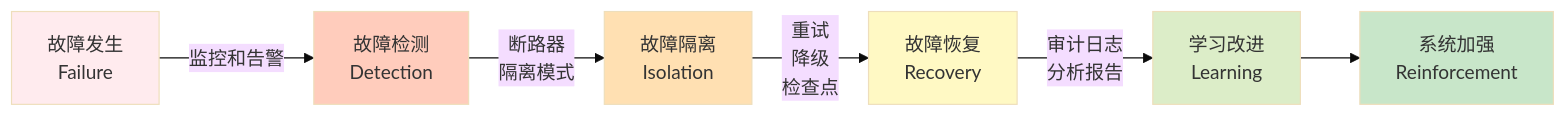
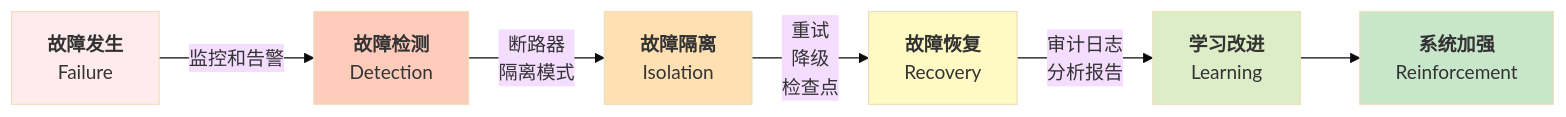
One commit to yeasy/harness_engineering_guide changed the second of 2 diagrams in 03_principles/3.4_design_for_failure.md. Above: the diagram before and after it, drawn with Mermaid (base theme). The commit also changed other lines of this file and 15 other files, not shown here.

````diff
--- a/03_principles/3.4_design_for_failure.md
+++ b/03_principles/3.4_design_for_failure.md
@@ -494,15 +496,15 @@
 ```mermaid
 flowchart LR
-    A["故障发生<br/>Failure"] -->|监控和告警| B["故障检测<br/>Detection"]
-    B -->|断路器<br/>隔离模式| C["故障隔离<br/>Isolation"]
-    C -->|重试<br/>降级<br/>检查点| D["故障恢复<br/>Recovery"]
-    D -->|审计日志<br/>分析报告| E["学习改进<br/>Learning"]
-    E --> F["系统加强<br/>Reinforcement"]
+    A["<b>故障发生</b><br/>Failure"] -->|监控和告警| B["<b>故障检测</b><br/>Detection"]
+    B -->|断路器<br/>隔离模式| C["<b>故障隔离</b><br/>Isolation"]
+    C -->|重试<br/>降级<br/>检查点| D["<b>故障恢复</b><br/>Recovery"]
+    D -->|审计日志<br/>分析报告| E["<b>学习改进</b><br/>Learning"]
+    E --> F["<b>系统加强</b><br/>Reinforcement"]
 
     style A fill:#ffebee
     style B fill:#ffccbc
     style C fill:#ffe0b2
     style D fill:#fff9c4
     style E fill:#dcedc8
     style F fill:#c8e6c9
 ```
````
